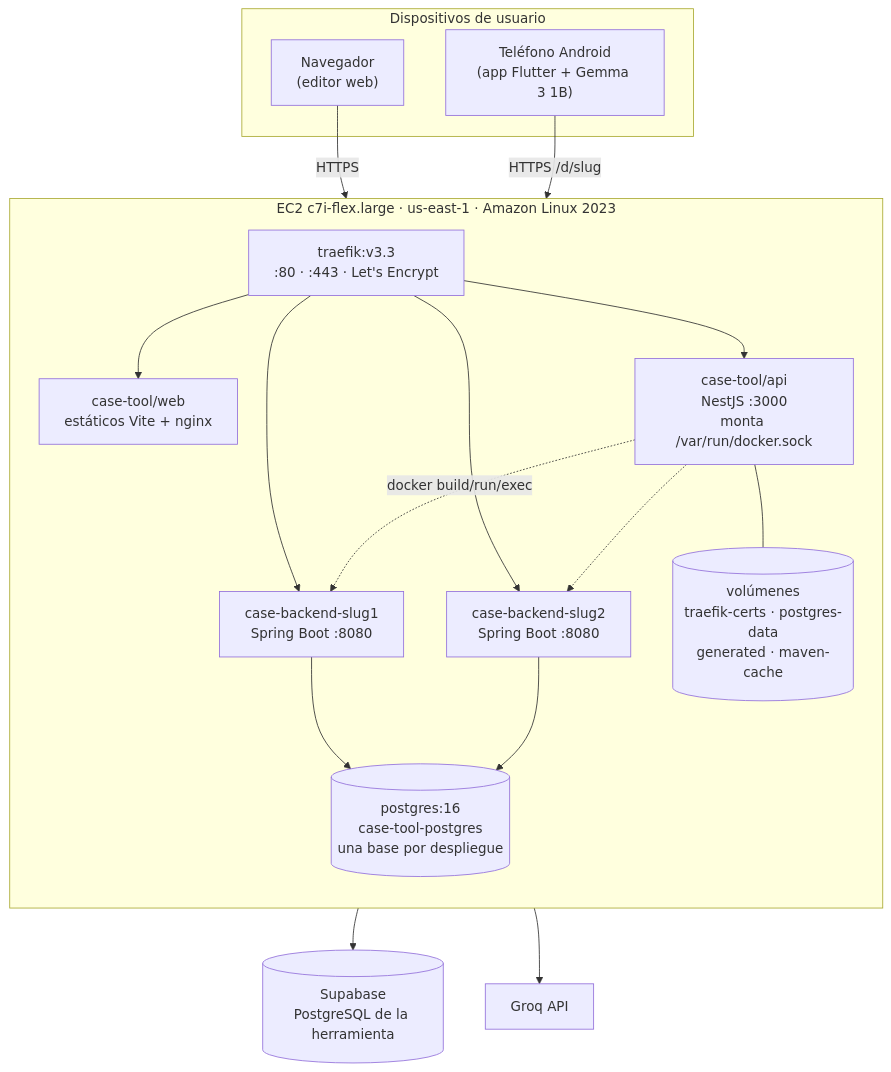
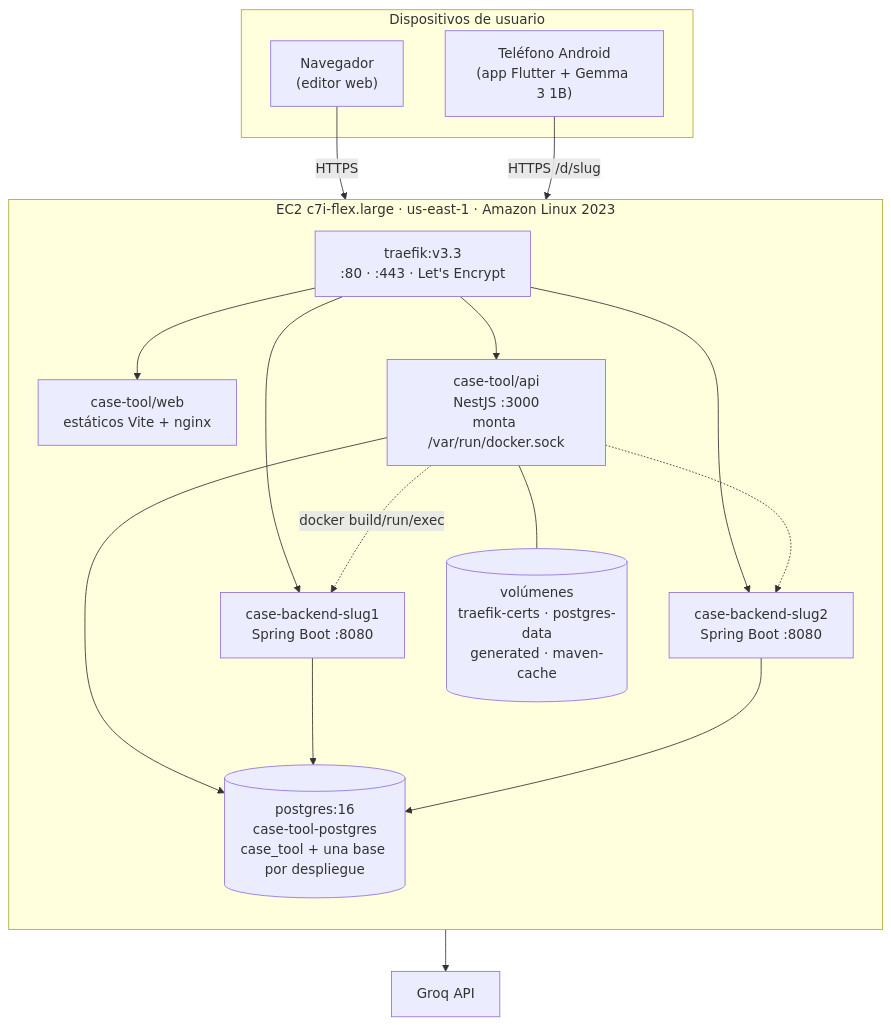
Diagram 12 of 17 in README.md (GabrielaCrespo/case-tool), drawn with Mermaid before and after one commit. The commit also changed other lines of this file and 7 other files, not shown here.

Commit message:
Despliegue en AWS con la base de la herramienta en la instancia

````diff
--- a/README.md
+++ b/README.md
@@ -814,35 +817,34 @@
 ```mermaid
 flowchart TB
     subgraph DEV["Dispositivos de usuario"]
         NAV["Navegador<br/>(editor web)"]
         TEL["Teléfono Android<br/>(app Flutter + Gemma 3 1B)"]
     end
 
     subgraph EC2["EC2 c7i-flex.large · us-east-1 · Amazon Linux 2023"]
         direction TB
         TR["traefik:v3.3<br/>:80 · :443 · Let's Encrypt"]
         WEBC["case-tool/web<br/>estáticos Vite + nginx"]
         APIC["case-tool/api<br/>NestJS :3000<br/>monta /var/run/docker.sock"]
-        PG[("postgres:16<br/>case-tool-postgres<br/>una base por despliegue")]
+        PG[("postgres:16<br/>case-tool-postgres<br/>case_tool + una base por despliegue")]
         D1["case-backend-slug1<br/>Spring Boot :8080"]
         D2["case-backend-slug2<br/>Spring Boot :8080"]
         VOL[("volúmenes<br/>traefik-certs · postgres-data<br/>generated · maven-cache")]
     end
 
-    SUPA[("Supabase<br/>PostgreSQL de la herramienta")]
     GROQ["Groq API"]
 
     NAV -->|HTTPS| TR
     TEL -->|HTTPS /d/slug| TR
     TR --> WEBC
     TR --> APIC
     TR --> D1
     TR --> D2
-    APIC --> SUPA
+    APIC --> PG
     APIC --> GROQ
     APIC -.->|docker build/run/exec| D1
     APIC -.-> D2
     D1 --> PG
     D2 --> PG
     APIC --- VOL
 ```
````
